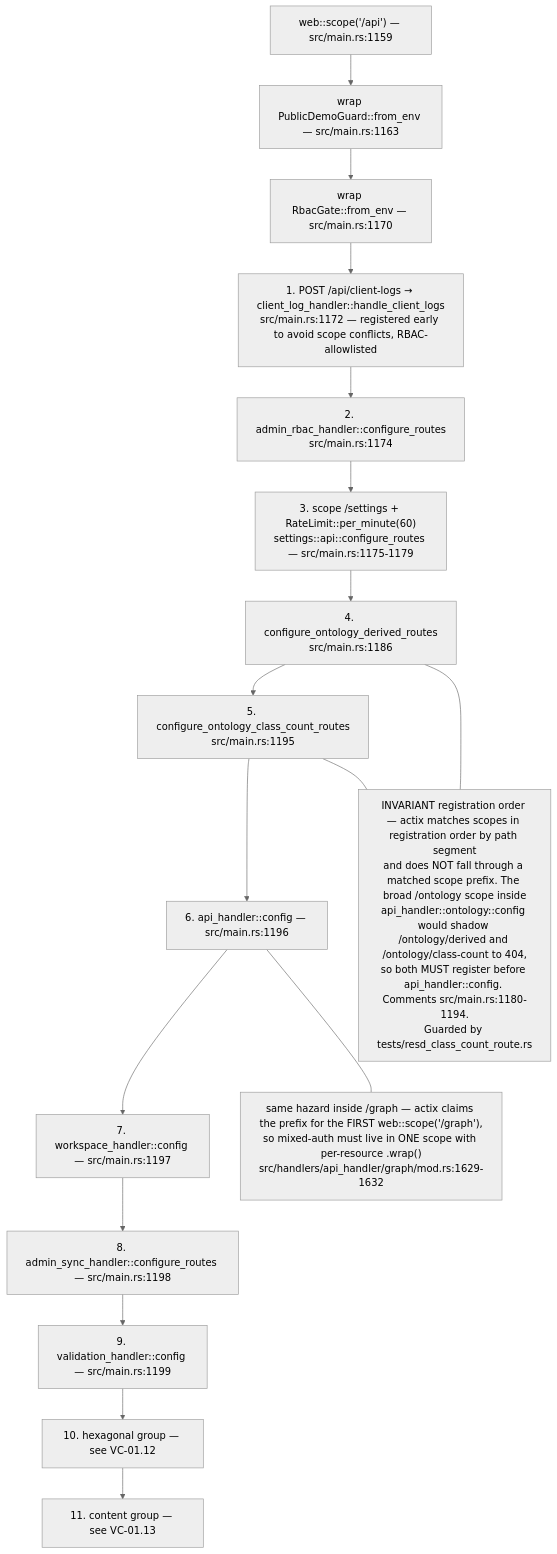
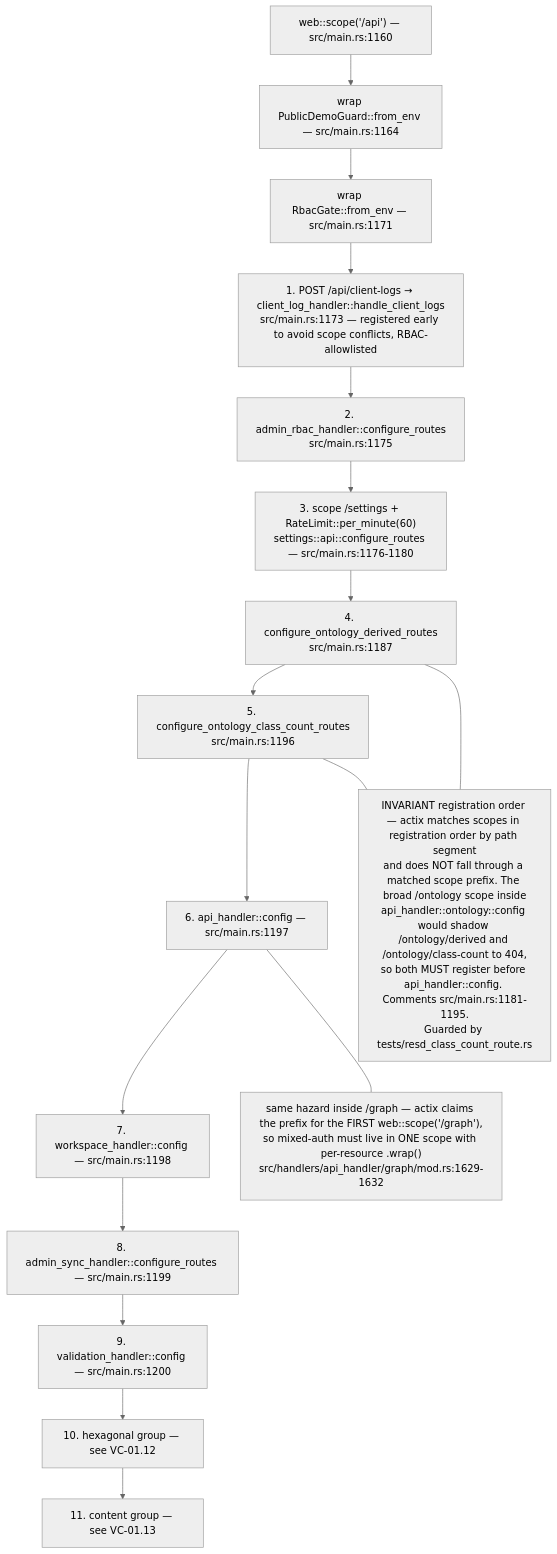
The eighth of 13 diagrams in docs/diagrams/visionclaw/01-boot-and-app-state.md (DreamLab-AI/VisionFlow), drawn with Mermaid (neutral theme) before and after one commit. The commit also changed other lines of this file and 49 other files, not shown here.

First line of the commit message:
docs(diagrams): re-derive and re-stamp VisionClaw, estate, knowledge-graph, visionGraph, VisionFlow and sidestr topics

````diff
--- a/docs/diagrams/visionclaw/01-boot-and-app-state.md
+++ b/docs/diagrams/visionclaw/01-boot-and-app-state.md
@@ -396,22 +396,22 @@
 ```mermaid
 flowchart TB
-    S["web::scope('/api') — src/main.rs:1159"]
-    S --> G1["wrap PublicDemoGuard::from_env — src/main.rs:1163"]
-    G1 --> G2["wrap RbacGate::from_env — src/main.rs:1170"]
-    G2 --> R1["1. POST /api/client-logs → client_log_handler::handle_client_logs<br/>src/main.rs:1172 — registered early to avoid scope conflicts, RBAC-allowlisted"]
-    R1 --> R2["2. admin_rbac_handler::configure_routes<br/>src/main.rs:1174"]
-    R2 --> R3["3. scope /settings + RateLimit::per_minute(60)<br/>settings::api::configure_routes — src/main.rs:1175-1179"]
-    R3 --> R4["4. configure_ontology_derived_routes<br/>src/main.rs:1186"]
-    R4 --> R5["5. configure_ontology_class_count_routes<br/>src/main.rs:1195"]
-    R5 --> R6["6. api_handler::config — src/main.rs:1196"]
-    R6 --> R7["7. workspace_handler::config — src/main.rs:1197"]
-    R7 --> R8["8. admin_sync_handler::configure_routes — src/main.rs:1198"]
-    R8 --> R9["9. validation_handler::config — src/main.rs:1199"]
+    S["web::scope('/api') — src/main.rs:1160"]
+    S --> G1["wrap PublicDemoGuard::from_env — src/main.rs:1164"]
+    G1 --> G2["wrap RbacGate::from_env — src/main.rs:1171"]
+    G2 --> R1["1. POST /api/client-logs → client_log_handler::handle_client_logs<br/>src/main.rs:1173 — registered early to avoid scope conflicts, RBAC-allowlisted"]
+    R1 --> R2["2. admin_rbac_handler::configure_routes<br/>src/main.rs:1175"]
+    R2 --> R3["3. scope /settings + RateLimit::per_minute(60)<br/>settings::api::configure_routes — src/main.rs:1176-1180"]
+    R3 --> R4["4. configure_ontology_derived_routes<br/>src/main.rs:1187"]
+    R4 --> R5["5. configure_ontology_class_count_routes<br/>src/main.rs:1196"]
+    R5 --> R6["6. api_handler::config — src/main.rs:1197"]
+    R6 --> R7["7. workspace_handler::config — src/main.rs:1198"]
+    R7 --> R8["8. admin_sync_handler::configure_routes — src/main.rs:1199"]
+    R8 --> R9["9. validation_handler::config — src/main.rs:1200"]
     R9 --> R10["10. hexagonal group — see VC-01.12"]
     R10 --> R11["11. content group — see VC-01.13"]
-    ORD["INVARIANT registration order — actix matches scopes in registration order by path segment<br/>and does NOT fall through a matched scope prefix. The broad /ontology scope inside<br/>api_handler::ontology::config would shadow /ontology/derived and /ontology/class-count to 404,<br/>so both MUST register before api_handler::config. Comments src/main.rs:1180-1194.<br/>Guarded by tests/resd_class_count_route.rs"]
+    ORD["INVARIANT registration order — actix matches scopes in registration order by path segment<br/>and does NOT fall through a matched scope prefix. The broad /ontology scope inside<br/>api_handler::ontology::config would shadow /ontology/derived and /ontology/class-count to 404,<br/>so both MUST register before api_handler::config. Comments src/main.rs:1181-1195.<br/>Guarded by tests/resd_class_count_route.rs"]
     R4 --- ORD
     R5 --- ORD
     ORD2["same hazard inside /graph — actix claims the prefix for the FIRST web::scope('/graph'),<br/>so mixed-auth must live in ONE scope with per-resource .wrap()<br/>src/handlers/api_handler/graph/mod.rs:1629-1632"]
     R6 --- ORD2
 ```
````
